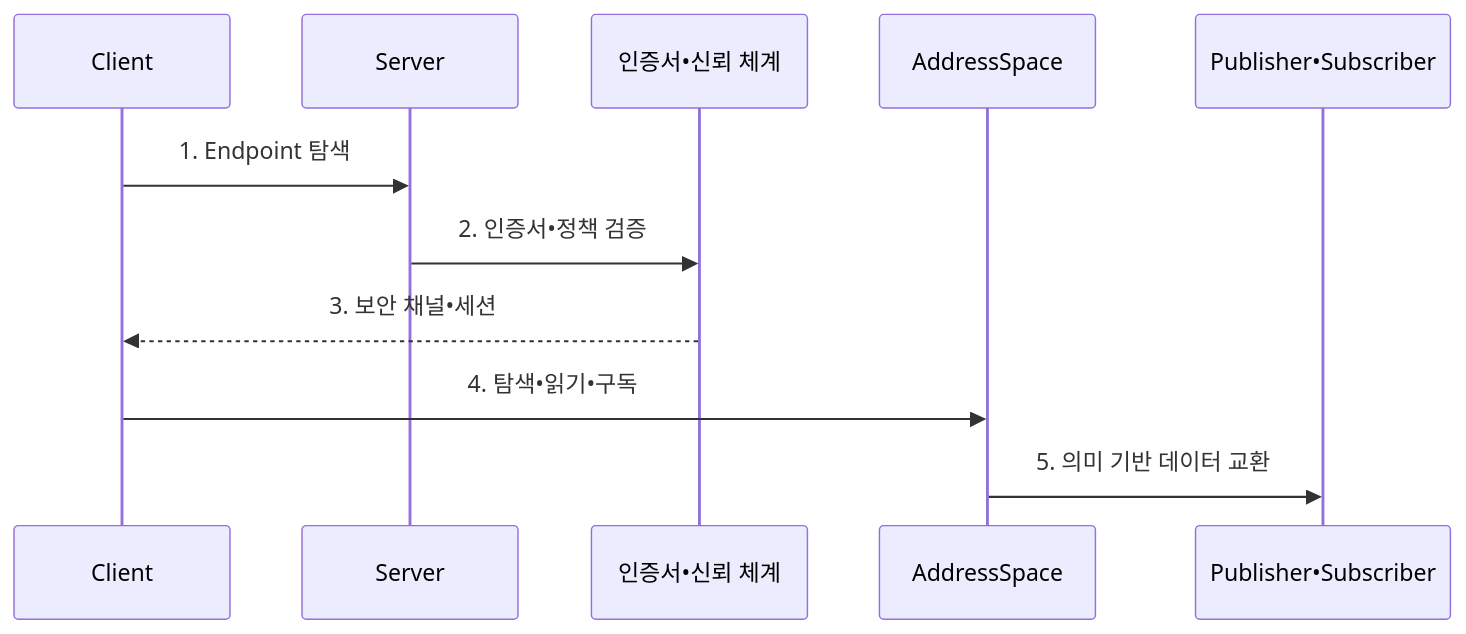
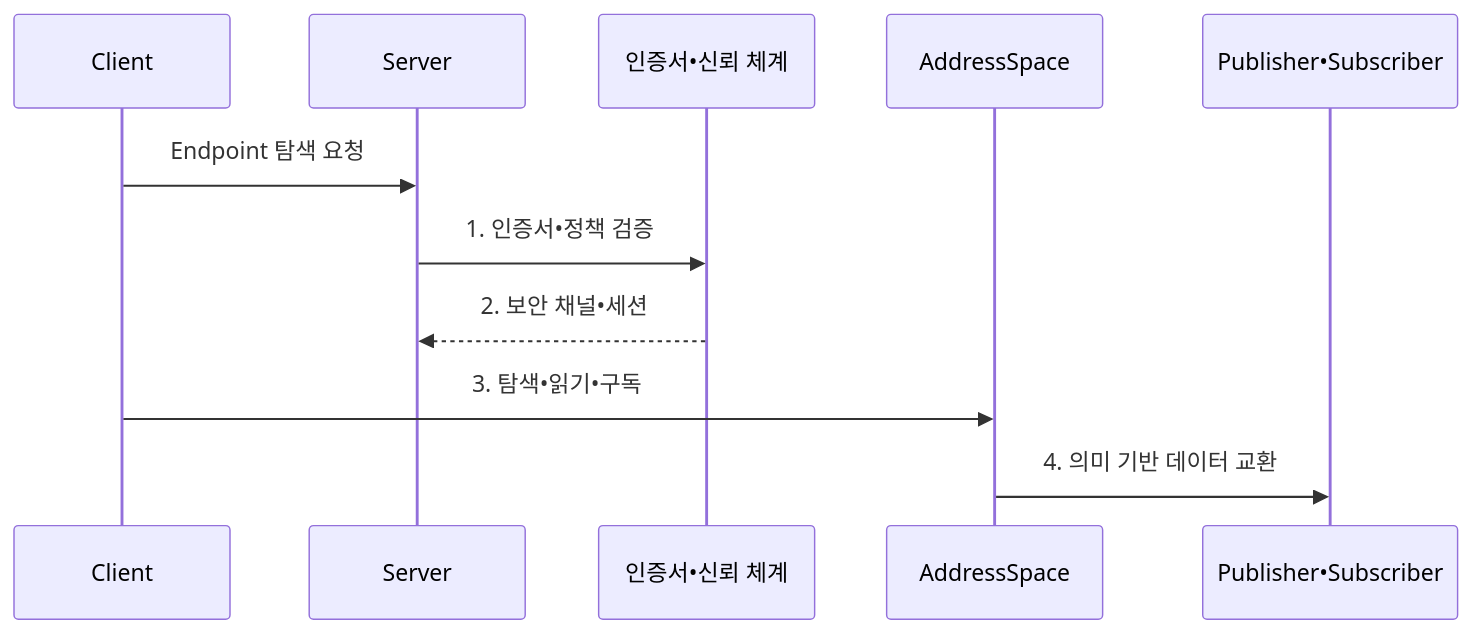
The second of 2 diagrams in src/content/docs/notes/08-latest-tech/202_opc_unified_architecture.md (agnusdei1207/knowledge-base), drawn with Mermaid before and after one commit. The commit also changed other lines of this file and 20 other files, not shown here.

````diff
--- a/src/content/docs/notes/08-latest-tech/202_opc_unified_architecture.md
+++ b/src/content/docs/notes/08-latest-tech/202_opc_unified_architecture.md
@@ -101,13 +108,13 @@
 ```mermaid
 sequenceDiagram
   participant C as Client
   participant S as Server
   participant T as 인증서•신뢰 체계
   participant A as AddressSpace
   participant P as Publisher•Subscriber
-  C->>S: 1. Endpoint 탐색
-  S->>T: 2. 인증서•정책 검증
-  T-->>C: 3. 보안 채널•세션
-  C->>A: 4. 탐색•읽기•구독
-  A->>P: 5. 의미 기반 데이터 교환
+  C->>S: Endpoint 탐색 요청
+  S->>T: 1. 인증서•정책 검증
+  T-->>S: 2. 보안 채널•세션
+  C->>A: 3. 탐색•읽기•구독
+  A->>P: 4. 의미 기반 데이터 교환
 ```
````
